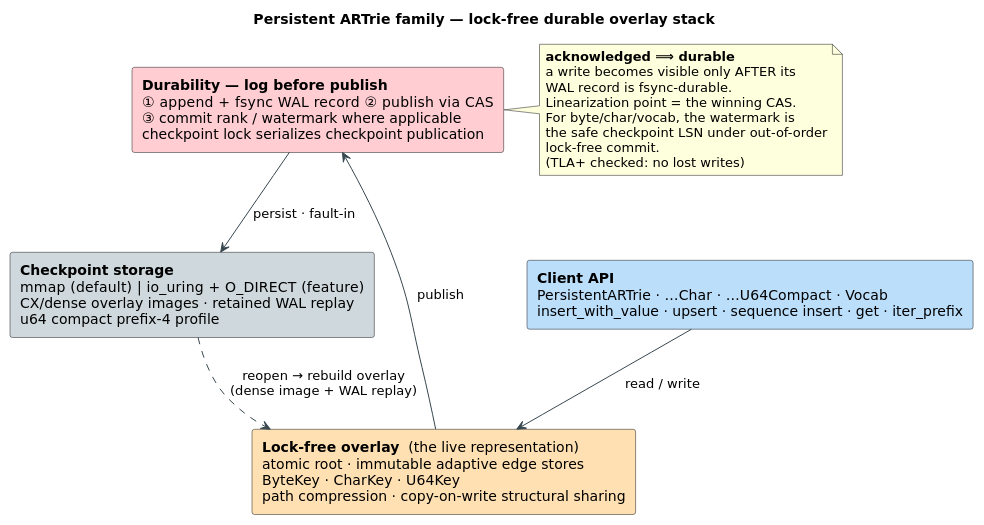
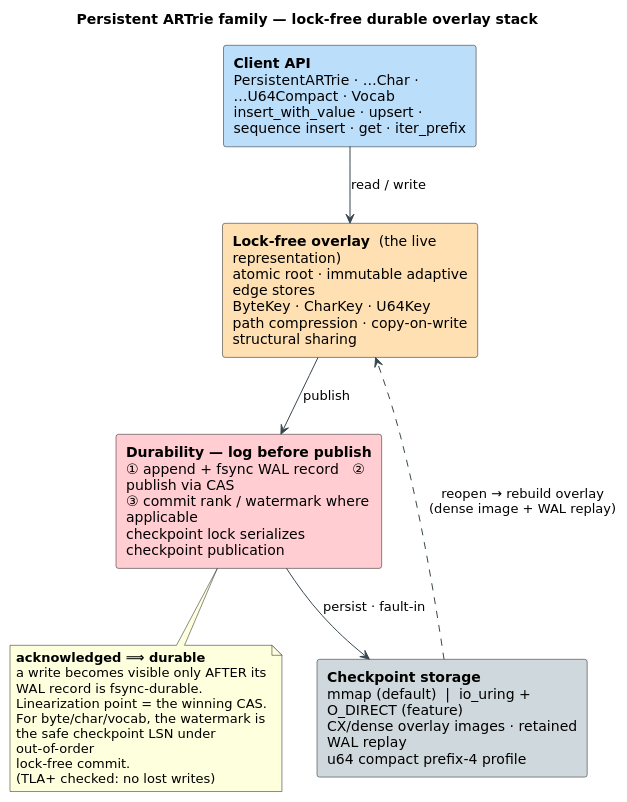
One commit to vinary-tree/libdictenstein changed the diagram in docs/diagrams/src/artrie-layering.puml. Above: the diagram before and after it, drawn with PlantUML. The commit also changed 279 other files, not shown here.

```diff
--- a/docs/diagrams/src/artrie-layering.puml
+++ b/docs/diagrams/src/artrie-layering.puml
@@ -1,35 +1,36 @@
 @startuml artrie-layering
 ' ============================================================================
 ' PersistentARTrie durability stack.  Color key:
 '   blue = client/API   orange = lock-free overlay (the hot layer)
 '   red = WAL/durability   grey = block storage
 ' ============================================================================
 skinparam backgroundColor #FFFFFF
 skinparam defaultFontName "DejaVu Sans"
+skinparam wrapWidth 260
 skinparam ArrowColor #37474F
 title Persistent ARTrie family — lock-free **durable** overlay stack
 
 rectangle "**Client API**\nPersistentARTrie · …Char · …U64Compact · Vocab\ninsert_with_value · upsert · sequence insert · get · iter_prefix" as Client #BBDEFB
 
 rectangle "**Lock-free overlay**  (the live representation)\natomic root · immutable adaptive edge stores\nByteKey · CharKey · U64Key\npath compression · copy-on-write structural sharing" as Overlay #FFE0B2
 
 rectangle "**Durability — log before publish**\n① append + fsync WAL record   ② publish via CAS\n③ commit rank / watermark where applicable\ncheckpoint lock serializes checkpoint publication" as Dur #FFCDD2
 
 rectangle "**Checkpoint storage**\nmmap (default)  |  io_uring + O_DIRECT (feature)\nCX/dense overlay images · retained WAL replay\nu64 compact prefix-4 profile" as Store #CFD8DC
 
 Client --> Overlay : "read / write"
 Overlay --> Dur : "publish"
 Dur --> Store : "persist · fault-in"
 Store ..> Overlay : "reopen → rebuild overlay\n(dense image + WAL replay)"
 
-note right of Dur
+note bottom of Dur
   **acknowledged ⟹ durable**
   a write becomes visible only AFTER its
   WAL record is fsync-durable.
   Linearization point = the winning CAS.
   For byte/char/vocab, the watermark is
   the safe checkpoint LSN under out-of-order
   lock-free commit.
   (TLA+ checked: no lost writes)
 end note
 @enduml
```
